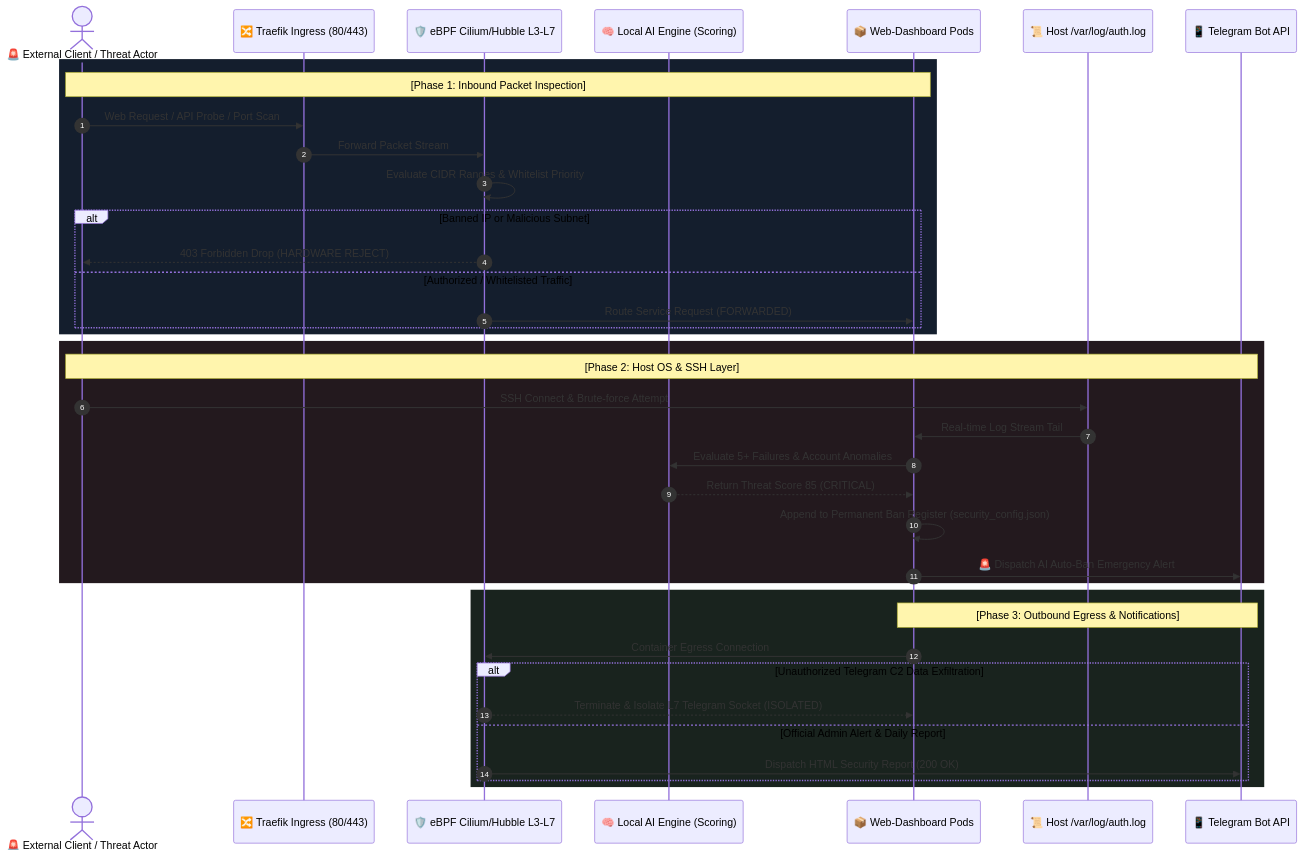
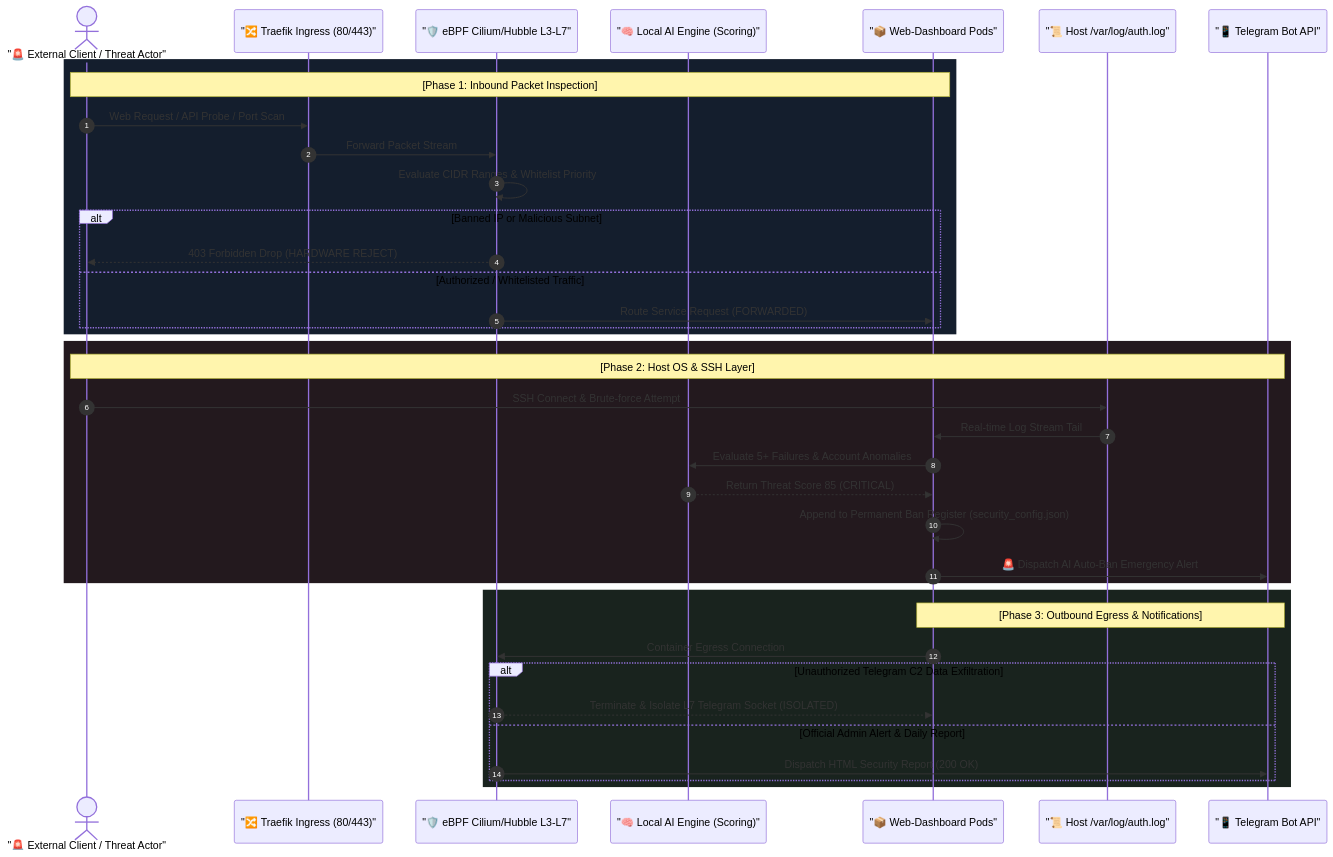
The first of 2 diagrams in content/Edge_AI/14_ebpf_cilium_ai_firewall_and_telegram_soc_EN.md (ttlojs-john/Technical-Notes), drawn with Mermaid before and after one commit. The commit also changed other lines of this file and 112 other files, not shown here.

Commit message:
fix(mermaid): fix Mermaid v11.4.0 syntax errors in eBPF report and sync updated content docs

````diff
--- a/content/Edge_AI/14_ebpf_cilium_ai_firewall_and_telegram_soc_EN.md
+++ b/content/Edge_AI/14_ebpf_cilium_ai_firewall_and_telegram_soc_EN.md
@@ -63,43 +64,44 @@
 ```mermaid
+
 sequenceDiagram
     autonumber
-    actor Attacker as 🚨 External Client / Threat Actor
-    participant Ingress as 🔀 Traefik Ingress (80/443)
-    participant eBPF as 🛡️ eBPF Cilium/Hubble L3-L7
-    participant AI as 🧠 Local AI Engine (Scoring)
-    participant WebDash as 📦 Web-Dashboard Pods
-    participant AuthLog as 📜 Host /var/log/auth.log
-    participant Telegram as 📱 Telegram Bot API
+    actor Attacker as "🚨 External Client / Threat Actor"
+    participant Ingress as "🔀 Traefik Ingress (80/443)"
+    participant eBPF as "🛡️ eBPF Cilium/Hubble L3-L7"
+    participant AI as "🧠 Local AI Engine (Scoring)"
+    participant WebDash as "📦 Web-Dashboard Pods"
+    participant AuthLog as "📜 Host /var/log/auth.log"
+    participant Telegram as "📱 Telegram Bot API"
 
     rect rgb(20, 30, 45)
         Note over Attacker, WebDash: [Phase 1: Inbound Packet Inspection]
         Attacker->>Ingress: Web Request / API Probe / Port Scan
         Ingress->>eBPF: Forward Packet Stream
         eBPF->>eBPF: Evaluate CIDR Ranges & Whitelist Priority
         alt Banned IP or Malicious Subnet
             eBPF-->>Attacker: 403 Forbidden Drop (HARDWARE REJECT)
         else Authorized / Whitelisted Traffic
             eBPF->>WebDash: Route Service Request (FORWARDED)
         end
     end
 
     rect rgb(35, 25, 30)
         Note over Attacker, Telegram: [Phase 2: Host OS & SSH Layer]
         Attacker->>AuthLog: SSH Connect & Brute-force Attempt
         AuthLog->>WebDash: Real-time Log Stream Tail
         WebDash->>AI: Evaluate 5+ Failures & Account Anomalies
         AI-->>WebDash: Return Threat Score 85 (CRITICAL)
         WebDash->>WebDash: Append to Permanent Ban Register (security_config.json)
         WebDash->>Telegram: 🚨 Dispatch AI Auto-Ban Emergency Alert
     end
 
     rect rgb(25, 35, 30)
         Note over WebDash, Telegram: [Phase 3: Outbound Egress & Notifications]
         WebDash->>eBPF: Container Egress Connection
         alt Unauthorized Telegram C2 Data Exfiltration
             eBPF-->>WebDash: Terminate & Isolate L7 Telegram Socket (ISOLATED)
         else Official Admin Alert & Daily Report
             eBPF->>Telegram: Dispatch HTML Security Report (200 OK)
         end
     end
 ```
````
